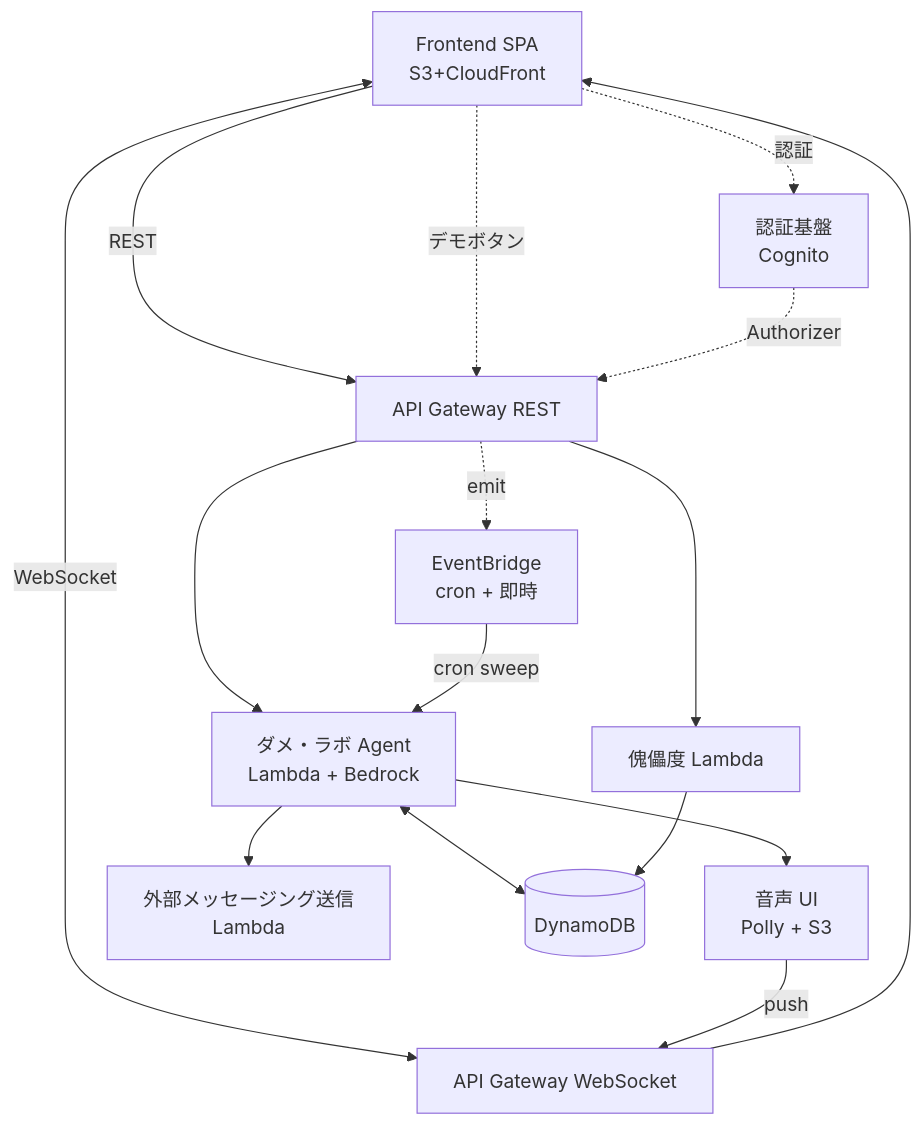
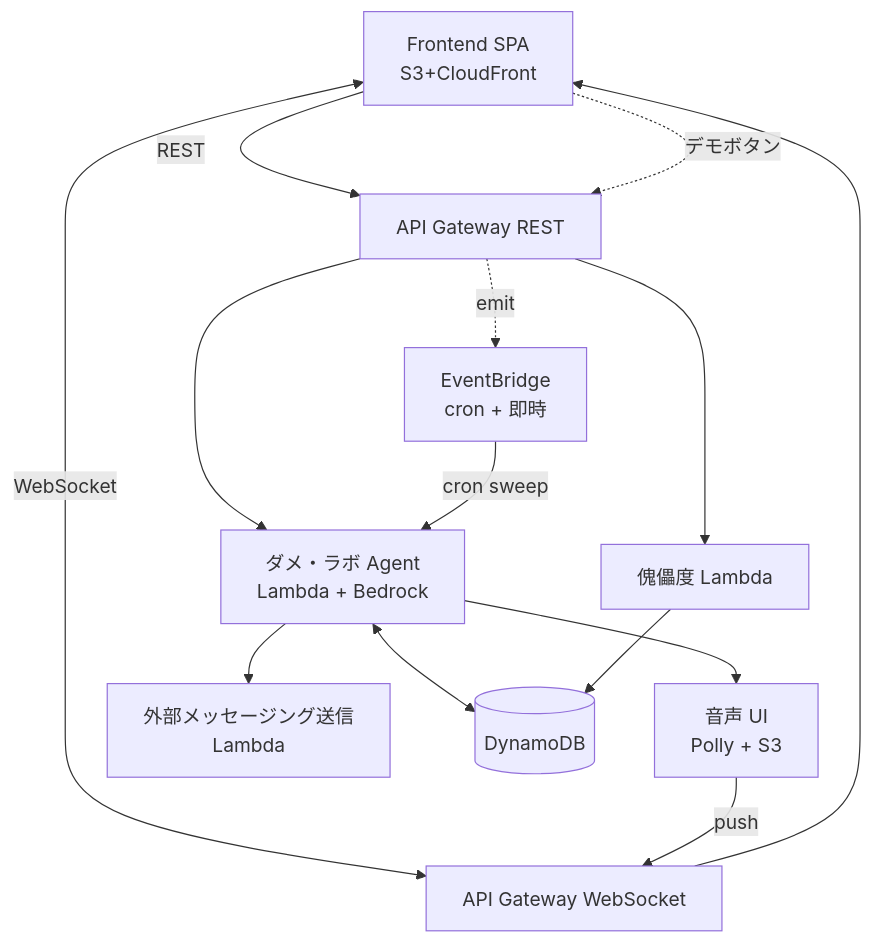
One commit to is-tech-lab/team-dlc-dame-labo-corporation changed the diagram in aidlc-docs/inception/application-design/services.md. Above: the diagram before and after it, drawn with Mermaid. The commit also changed other lines of this file and 13 other files, not shown here.

````diff
--- a/aidlc-docs/inception/application-design/services.md
+++ b/aidlc-docs/inception/application-design/services.md
@@ -201,33 +206,30 @@
 ```mermaid
 flowchart TB
     Frontend[Frontend SPA<br/>S3+CloudFront]
     APIGW_REST[API Gateway REST]
     APIGW_WS[API Gateway WebSocket]
-    Cognito[認証基盤<br/>Cognito]
     Agent[ダメ・ラボ Agent<br/>Lambda + Bedrock]
     PuppetLevel[傀儡度 Lambda]
     Polly[音声 UI<br/>Polly + S3]
     Ext[外部メッセージング送信<br/>Lambda]
     DDB[(DynamoDB)]
     EB[EventBridge<br/>cron + 即時]
 
     Frontend -->|REST| APIGW_REST
     Frontend <-->|WebSocket| APIGW_WS
-    Frontend -.->|認証| Cognito
 
     APIGW_REST --> Agent
     APIGW_REST --> PuppetLevel
 
     Agent <--> DDB
     PuppetLevel --> DDB
 
     EB -->|cron sweep| Agent
     Frontend -.デモボタン.-> APIGW_REST -.->|emit| EB
 
     Agent --> Ext
     Agent --> Polly
     Polly -->|push| APIGW_WS
     APIGW_WS --> Frontend
 
-    Cognito -.Authorizer.-> APIGW_REST
 ```
````
